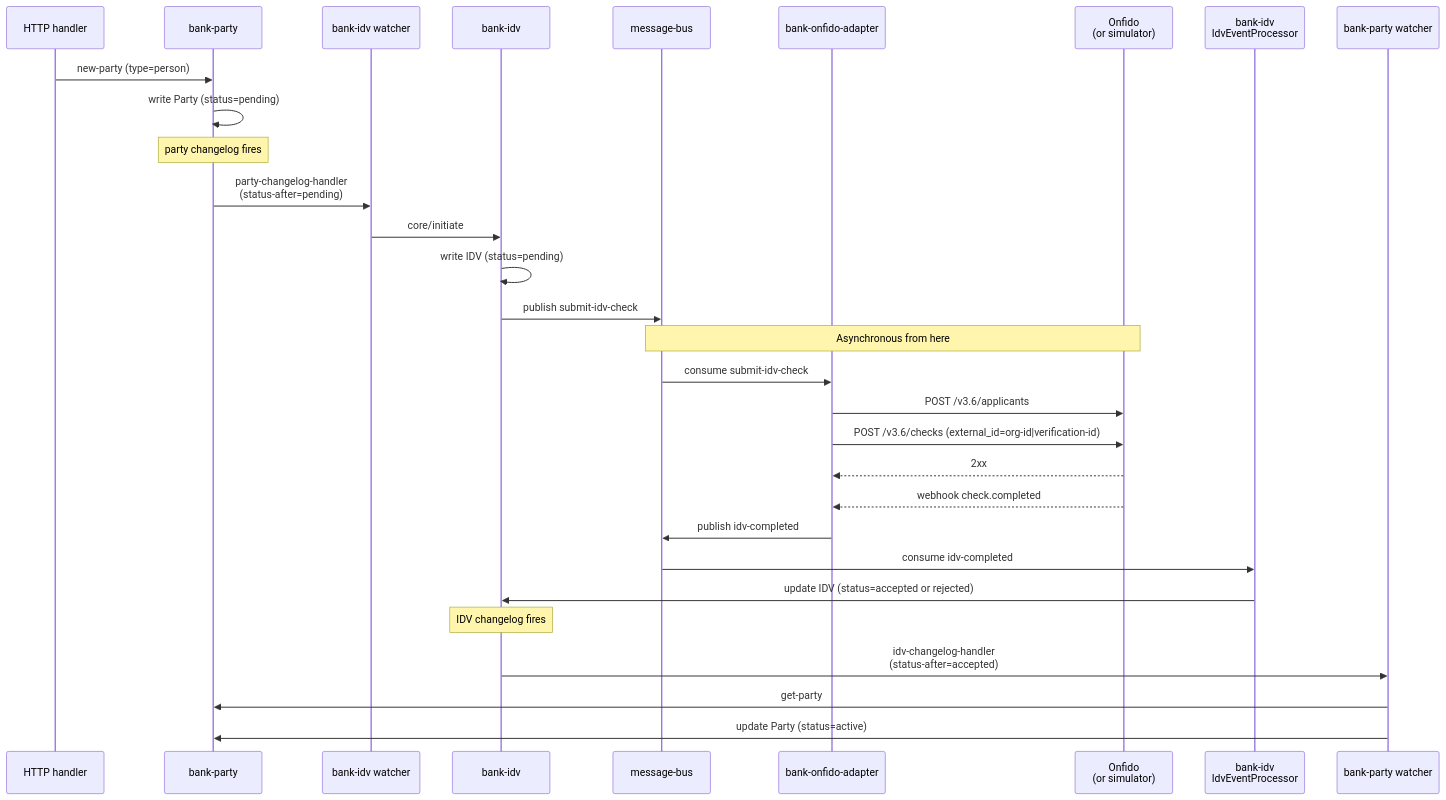
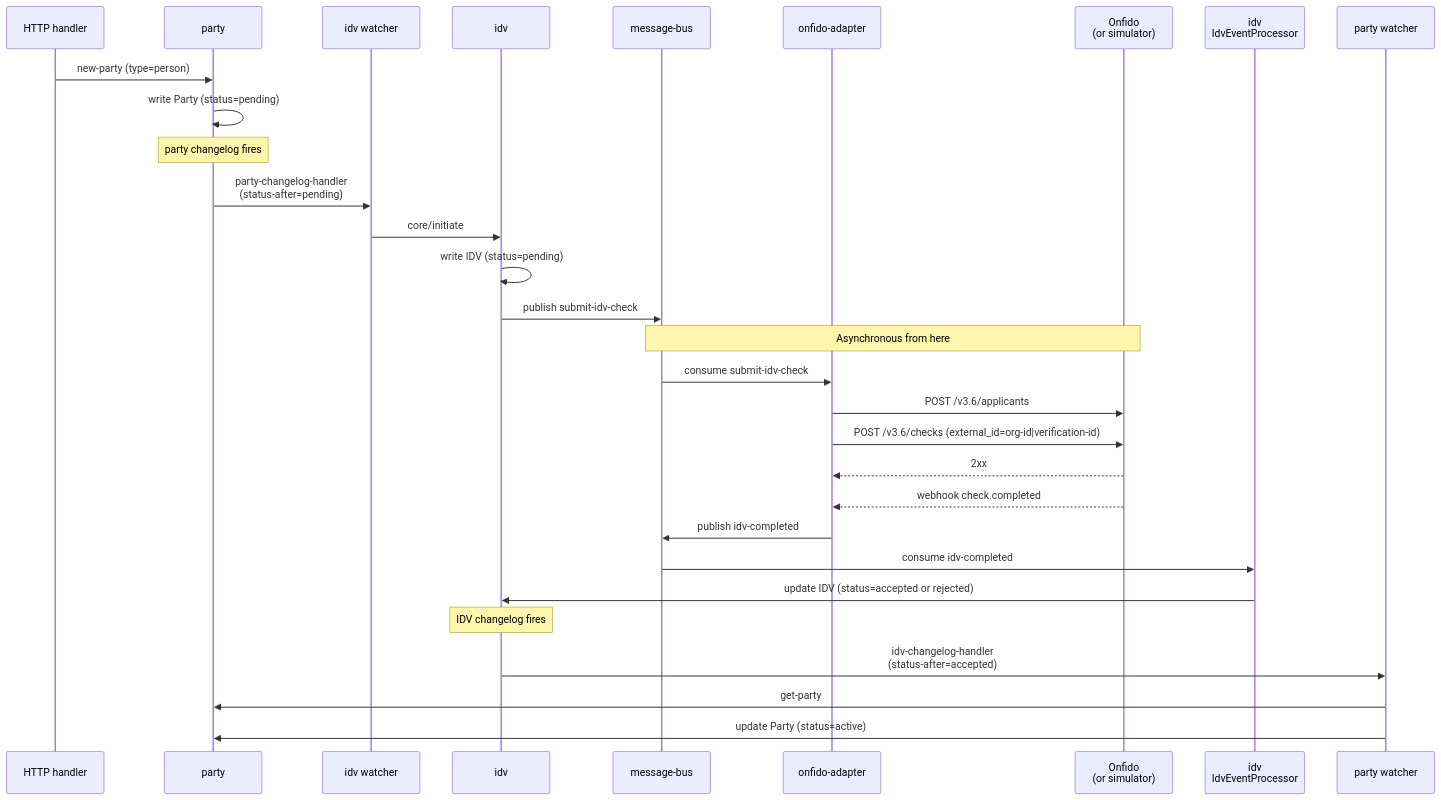
The second of 2 diagrams in docs/tdd/parties.md (kjothen/queenswood), drawn with Mermaid before and after one commit. The commit also changed other lines of this file and 51 other files, not shown here.

````diff
--- a/docs/tdd/parties.md
+++ b/docs/tdd/parties.md
@@ -247,38 +247,38 @@
 ```mermaid
 sequenceDiagram
     participant H as HTTP handler
-    participant P as bank-party
-    participant W1 as bank-idv watcher
-    participant I as bank-idv
+    participant P as party
+    participant W1 as idv watcher
+    participant I as idv
     participant B as message-bus
-    participant A as bank-onfido-adapter
+    participant A as onfido-adapter
     participant O as Onfido<br/>(or simulator)
-    participant E as bank-idv<br/>IdvEventProcessor
-    participant W2 as bank-party watcher
+    participant E as idv<br/>IdvEventProcessor
+    participant W2 as party watcher
 
     H->>P: new-party (type=person)
     P->>P: write Party (status=pending)
     Note over P: party changelog fires
 
     P->>W1: party-changelog-handler<br/>(status-after=pending)
     W1->>I: core/initiate
     I->>I: write IDV (status=pending)
     I->>B: publish submit-idv-check
 
     Note over B,O: Asynchronous from here
 
     B->>A: consume submit-idv-check
     A->>O: POST /v3.6/applicants
     A->>O: POST /v3.6/checks (external_id=org-id|verification-id)
     O-->>A: 2xx
     O-->>A: webhook check.completed
     A->>B: publish idv-completed
 
     B->>E: consume idv-completed
     E->>I: update IDV (status=accepted or rejected)
     Note over I: IDV changelog fires
 
     I->>W2: idv-changelog-handler<br/>(status-after=accepted)
     W2->>P: get-party
     W2->>P: update Party (status=active)
 ```
````
